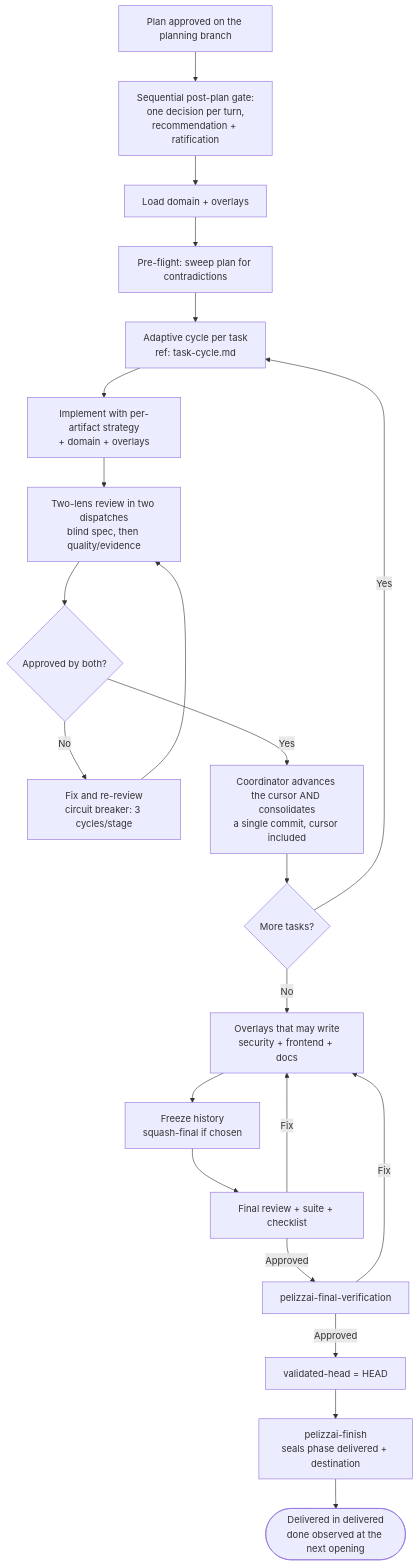
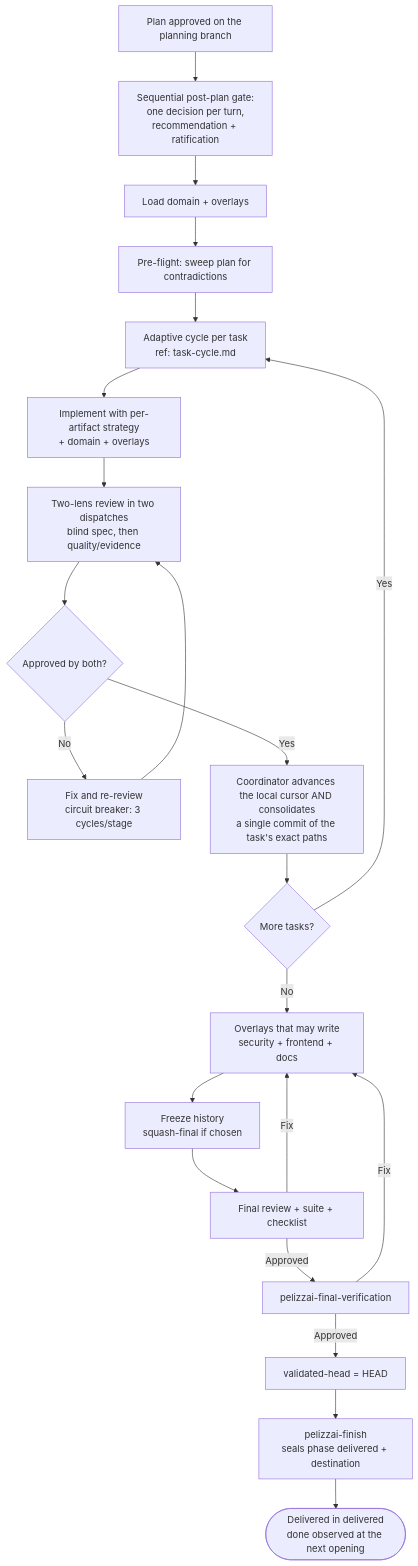
One commit to rpelizza/PelizzAI changed the diagram in .claude/skills/pelizzai-execute/SKILL.md. Above: the diagram before and after it, drawn with Mermaid. The commit also changed other lines of this file and 28 other files, not shown here.

First line of the commit message:
feat(lifecycle): o fechamento commita só o history/ — o cursor é local por dev (issue #43)

````diff
--- a/.claude/skills/pelizzai-execute/SKILL.md
+++ b/.claude/skills/pelizzai-execute/SKILL.md
@@ -265,24 +265,24 @@
 ```mermaid
 flowchart TD
     PL[Plan approved on the planning branch] --> GATE[Sequential post-plan gate:\none decision per turn,\nrecommendation + ratification]
     GATE --> DOM[Load domain + overlays]
     DOM --> PRE[Pre-flight: sweep plan for contradictions]
     PRE --> CY[Adaptive cycle per task\nref: task-cycle.md]
     CY --> T[Implement with per-artifact strategy\n+ domain + overlays]
     T --> RV[Two-lens review in two dispatches\nblind spec, then quality/evidence]
     RV --> Q{Approved by both?}
     Q -- No --> FX[Fix and re-review\ncircuit breaker: 3 cycles/stage]
     FX --> RV
-    Q -- Yes --> CM[Coordinator advances the cursor AND consolidates\na single commit, cursor included]
+    Q -- Yes --> CM[Coordinator advances the local cursor AND consolidates\na single commit of the task's exact paths]
     CM --> MORE{More tasks?}
     MORE -- Yes --> CY
     MORE -- No --> OV[Overlays that may write\nsecurity + frontend + docs]
     OV --> CONS[Freeze history\nsquash-final if chosen]
     CONS --> VAL[Final review + suite + checklist]
     VAL -- Fix --> OV
     VAL -- Approved --> VC[pelizzai-final-verification]
     VC -- Fix --> OV
     VC -- Approved --> SEAL[validated-head = HEAD]
     SEAL --> FIN[pelizzai-finish\nseals phase delivered + destination]
     FIN --> done([Delivered in delivered\ndone observed at the next opening])
 ```
````
